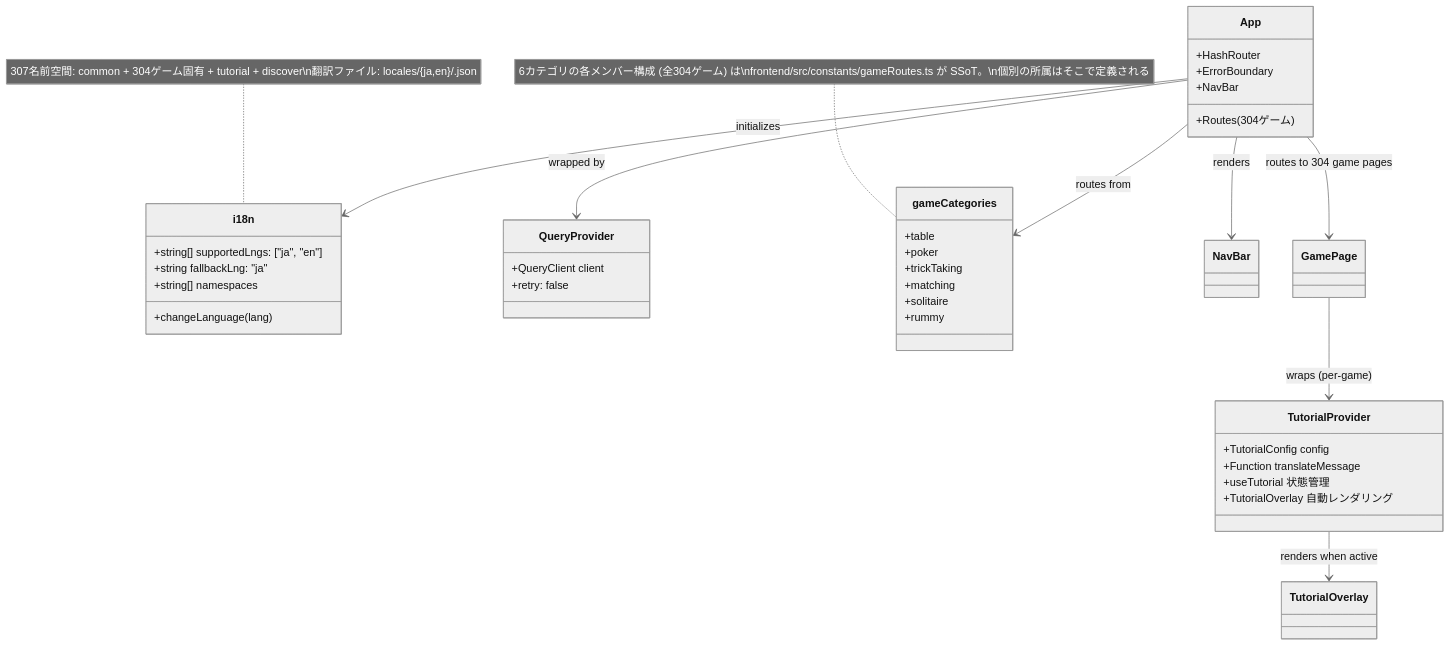
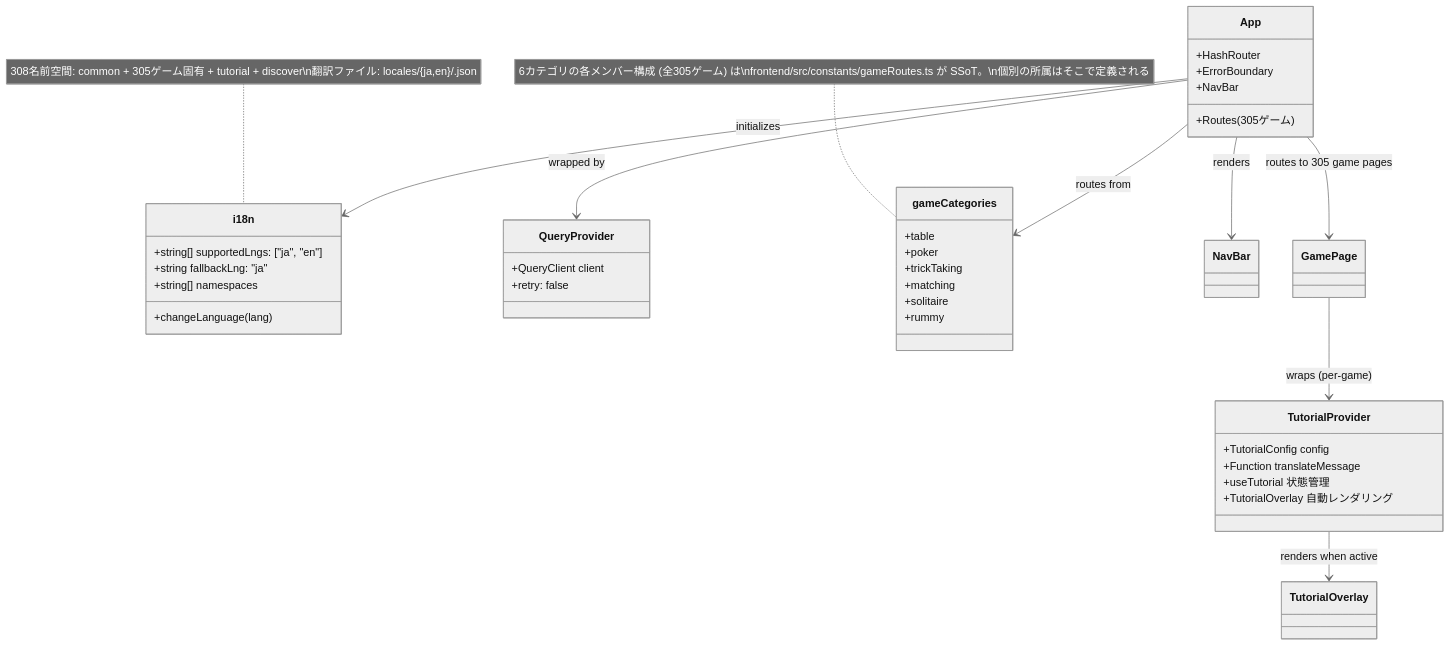
One commit to yuta-yoshinaga/go_trumpcards changed the ninth of 49 diagrams in docs/design/frontend.md. Above: the diagram before and after it, drawn with Mermaid (neutral theme). The commit also changed other lines of this file and 61 other files, not shown here.

````diff
--- a/docs/design/frontend.md
+++ b/docs/design/frontend.md
@@ -1869,48 +1869,48 @@
 ```mermaid
 classDiagram
     class i18n {
         +string[] supportedLngs: ["ja", "en"]
         +string fallbackLng: "ja"
         +string[] namespaces
         +changeLanguage(lang)
     }
 
     class QueryProvider {
         +QueryClient client
         +retry: false
     }
 
     class App {
         +HashRouter
         +ErrorBoundary
         +NavBar
-        +Routes (304ゲーム)
+        +Routes (305ゲーム)
     }
 
     class gameCategories {
         +table
         +poker
         +trickTaking
         +matching
         +solitaire
         +rummy
     }
-    note for gameCategories "6カテゴリの各メンバー構成 (全304ゲーム) は\nfrontend/src/constants/gameRoutes.ts が SSoT。\n個別の所属はそこで定義される"
+    note for gameCategories "6カテゴリの各メンバー構成 (全305ゲーム) は\nfrontend/src/constants/gameRoutes.ts が SSoT。\n個別の所属はそこで定義される"
 
     class TutorialProvider {
         +TutorialConfig config
         +Function translateMessage
         +useTutorial 状態管理
         +TutorialOverlay 自動レンダリング
     }
 
     App --> QueryProvider : wrapped by
     App --> i18n : initializes
     App --> gameCategories : routes from
     App --> NavBar : renders
-    App --> GamePage : routes to 304 game pages
+    App --> GamePage : routes to 305 game pages
     GamePage --> TutorialProvider : wraps (per-game)
     TutorialProvider --> TutorialOverlay : renders when active
 
-    note for i18n "307名前空間: common + 304ゲーム固有 + tutorial + discover\n翻訳ファイル: locales/{ja,en}/<game>.json"
+    note for i18n "308名前空間: common + 305ゲーム固有 + tutorial + discover\n翻訳ファイル: locales/{ja,en}/<game>.json"
 ```
````
